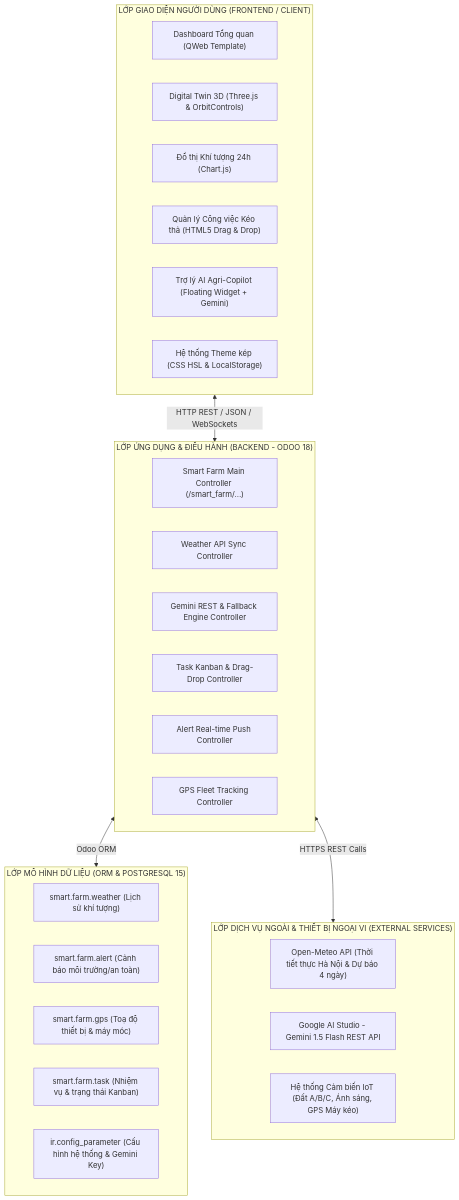
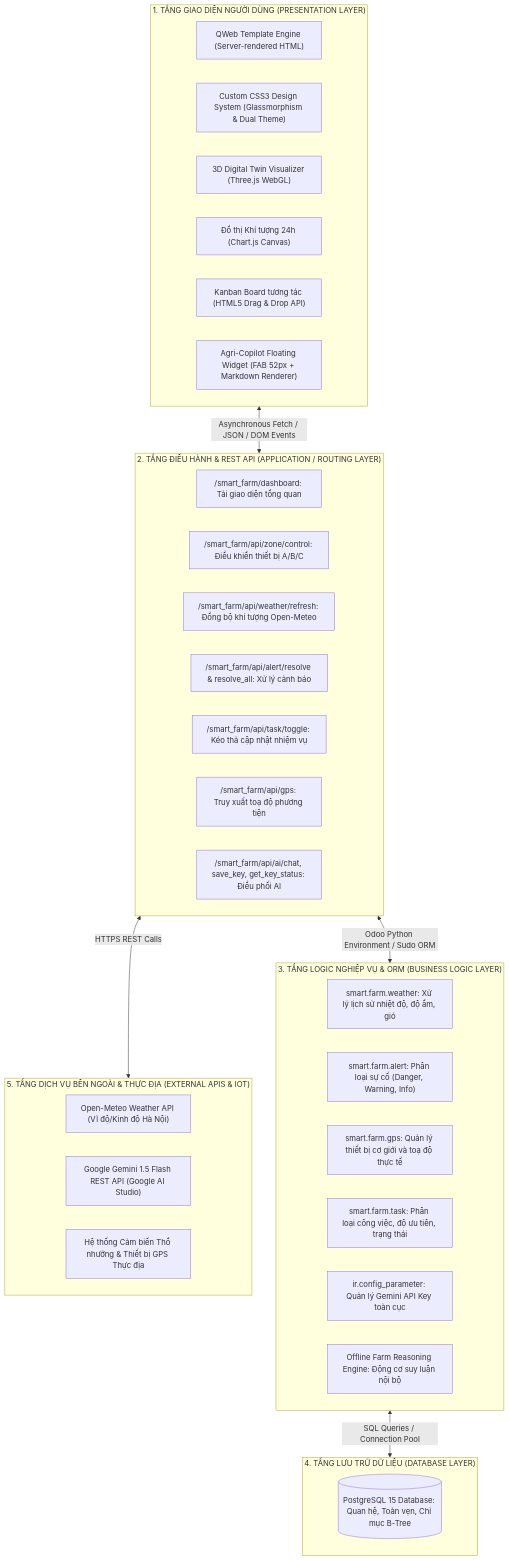
One commit to Hung4865/FARM changed the first of 3 diagrams in Smart-Farm-main/new farm/Farm-Management-main/docs/BAO_CAO_VA_SLIDE_THUYET_TRINH.md. Above: the diagram before and after it, drawn with Mermaid. The commit also changed other lines of this file, not shown here.

Commit message:
docs: enrich comprehensive report and 16-slide presentation guide with full specs alignment

````diff
--- a/Smart-Farm-main/new farm/Farm-Management-main/docs/BAO_CAO_VA_SLIDE_THUYET_TRINH.md
+++ b/Smart-Farm-main/new farm/Farm-Management-main/docs/BAO_CAO_VA_SLIDE_THUYET_TRINH.md
@@ -73,38 +107,45 @@
 ```mermaid
 graph TD
-    subgraph ClientLayer["LỚP GIAO DIỆN NGƯỜI DÙNG (FRONTEND / CLIENT)"]
-        UI_Dash["Dashboard Tổng quan (QWeb Template)"]
-        UI_3D["Digital Twin 3D (Three.js & OrbitControls)"]
-        UI_Chart["Đồ thị Khí tượng 24h (Chart.js)"]
-        UI_Kanban["Quản lý Công việc Kéo thả (HTML5 Drag & Drop)"]
-        UI_AI["Trợ lý AI Agri-Copilot (Floating Widget + Gemini)"]
-        UI_Theme["Hệ thống Theme kép (CSS HSL & LocalStorage)"]
+    subgraph PresentationLayer["1. TẦNG GIAO DIỆN NGƯỜI DÙNG (PRESENTATION LAYER)"]
+        UI_QWeb["QWeb Template Engine (Server-rendered HTML)"]
+        UI_CSS["Custom CSS3 Design System (Glassmorphism & Dual Theme)"]
+        UI_Three["3D Digital Twin Visualizer (Three.js WebGL)"]
+        UI_Chart["Đồ thị Khí tượng 24h (Chart.js Canvas)"]
+        UI_Kanban["Kanban Board tương tác (HTML5 Drag & Drop API)"]
+        UI_AI["Agri-Copilot Floating Widget (FAB 52px + Markdown Renderer)"]
     end
 
-    subgraph AppLayer["LỚP ỨNG DỤNG & ĐIỀU HÀNH (BACKEND - ODOO 18)"]
-        Ctrl_Main["Smart Farm Main Controller (/smart_farm/...)"]
-        API_Weather["Weather API Sync Controller"]
-        API_AI["Gemini REST & Fallback Engine Controller"]
-        API_Task["Task Kanban & Drag-Drop Controller"]
-        API_Alert["Alert Real-time Push Controller"]
-        API_GPS["GPS Fleet Tracking Controller"]
+    subgraph ControllerLayer["2. TẦNG ĐIỀU HÀNH & REST API (APPLICATION / ROUTING LAYER)"]
+        Route_Dash["/smart_farm/dashboard: Tải giao diện tổng quan"]
+        Route_Zone["/smart_farm/api/zone/control: Điều khiển thiết bị A/B/C"]
+        Route_Weather["/smart_farm/api/weather/refresh: Đồng bộ khí tượng Open-Meteo"]
+        Route_Alert["/smart_farm/api/alert/resolve & resolve_all: Xử lý cảnh báo"]
+        Route_Task["/smart_farm/api/task/toggle: Kéo thả cập nhật nhiệm vụ"]
+        Route_GPS["/smart_farm/api/gps: Truy xuất toạ độ phương tiện"]
+        Route_AI["/smart_farm/api/ai/chat, save_key, get_key_status: Điều phối AI"]
     end
 
-    subgraph DataLayer["LỚP MÔ HÌNH DỮ LIỆU (ORM & POSTGRESQL 15)"]
-        M_Weather["smart.farm.weather (Lịch sử khí tượng)"]
-        M_Alert["smart.farm.alert (Cảnh báo môi trường/an toàn)"]
-        M_GPS["smart.farm.gps (Toạ độ thiết bị & máy móc)"]
-        M_Task["smart.farm.task (Nhiệm vụ & trạng thái Kanban)"]
-        M_Param["ir.config_parameter (Cấu hình hệ thống & Gemini Key)"]
+    subgraph BusinessLayer["3. TẦNG LOGIC NGHIỆP VỤ & ORM (BUSINESS LOGIC LAYER)"]
+        ORM_Weather["smart.farm.weather: Xử lý lịch sử nhiệt độ, độ ẩm, gió"]
+        ORM_Alert["smart.farm.alert: Phân loại sự cố (Danger, Warning, Info)"]
+        ORM_GPS["smart.farm.gps: Quản lý thiết bị cơ giới và toạ độ thực tế"]
+        ORM_Task["smart.farm.task: Phân loại công việc, độ ưu tiên, trạng thái"]
+        ORM_Config["ir.config_parameter: Quản lý Gemini API Key toàn cục"]
+        Offline_AI["Offline Farm Reasoning Engine: Động cơ suy luận nội bộ"]
     end
 
-    subgraph ExternalLayer["LỚP DỊCH VỤ NGOÀI & THIẾT BỊ NGOẠI VI (EXTERNAL SERVICES)"]
-        Ext_OpenMeteo["Open-Meteo API (Thời tiết thực Hà Nội & Dự báo 4 ngày)"]
-        Ext_Gemini["Google AI Studio - Gemini 1.5 Flash REST API"]
-        Ext_Sensors["Hệ thống Cảm biến IoT (Đất A/B/C, Ánh sáng, GPS Máy kéo)"]
+    subgraph DataLayer["4. TẦNG LƯU TRỮ DỮ LIỆU (DATABASE LAYER)"]
+        Postgres[(PostgreSQL 15 Database: Quan hệ, Toàn vẹn, Chỉ mục B-Tree)]
     end
 
-    ClientLayer <-->|HTTP REST / JSON / WebSockets| AppLayer
-    AppLayer <-->|Odoo ORM| DataLayer
-    AppLayer <-->|HTTPS REST Calls| ExternalLayer
+    subgraph ExternalServices["5. TẦNG DỊCH VỤ BÊN NGOÀI & THỰC ĐỊA (EXTERNAL APIS & IOT)"]
+        Ext_OpenMeteo["Open-Meteo Weather API (Vĩ độ/Kinh độ Hà Nội)"]
+        Ext_Gemini["Google Gemini 1.5 Flash REST API (Google AI Studio)"]
+        Ext_IoT["Hệ thống Cảm biến Thổ nhưỡng & Thiết bị GPS Thực địa"]
+    end
+
+    PresentationLayer <-->|Asynchronous Fetch / JSON / DOM Events| ControllerLayer
+    ControllerLayer <-->|Odoo Python Environment / Sudo ORM| BusinessLayer
+    BusinessLayer <-->|SQL Queries / Connection Pool| DataLayer
+    ControllerLayer <-->|HTTPS REST Calls| ExternalServices
 ```
````
